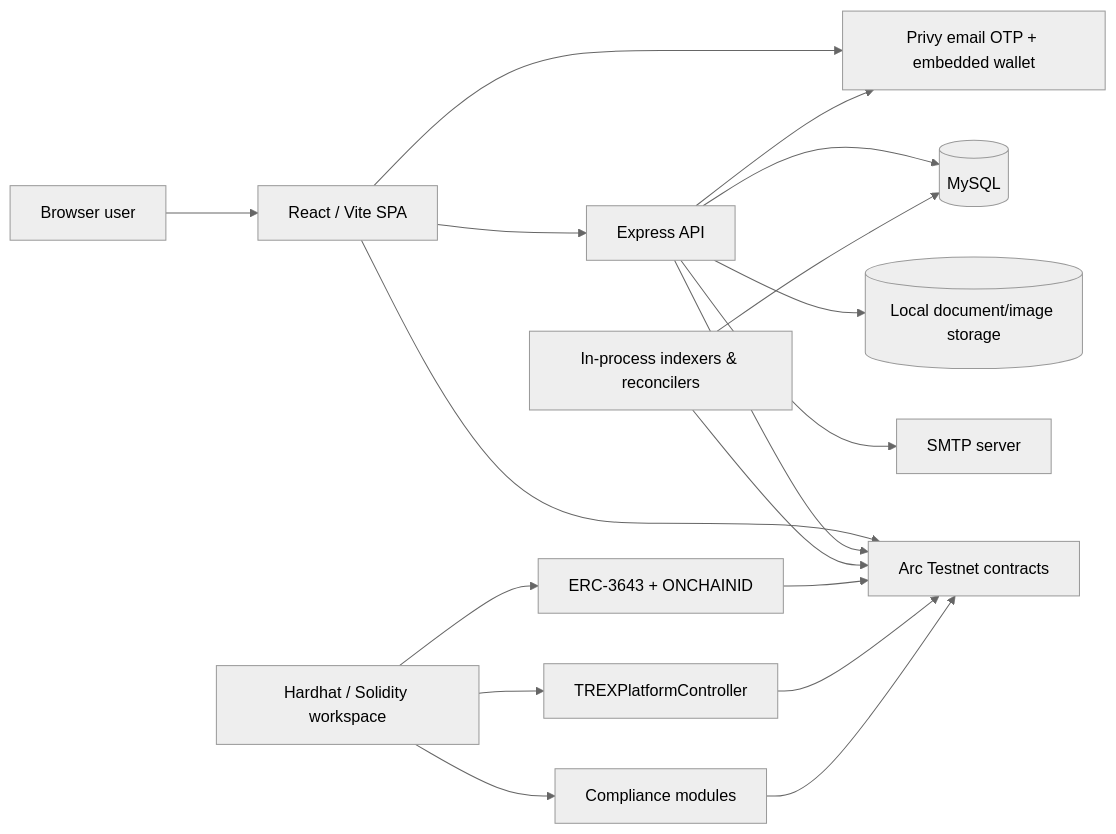
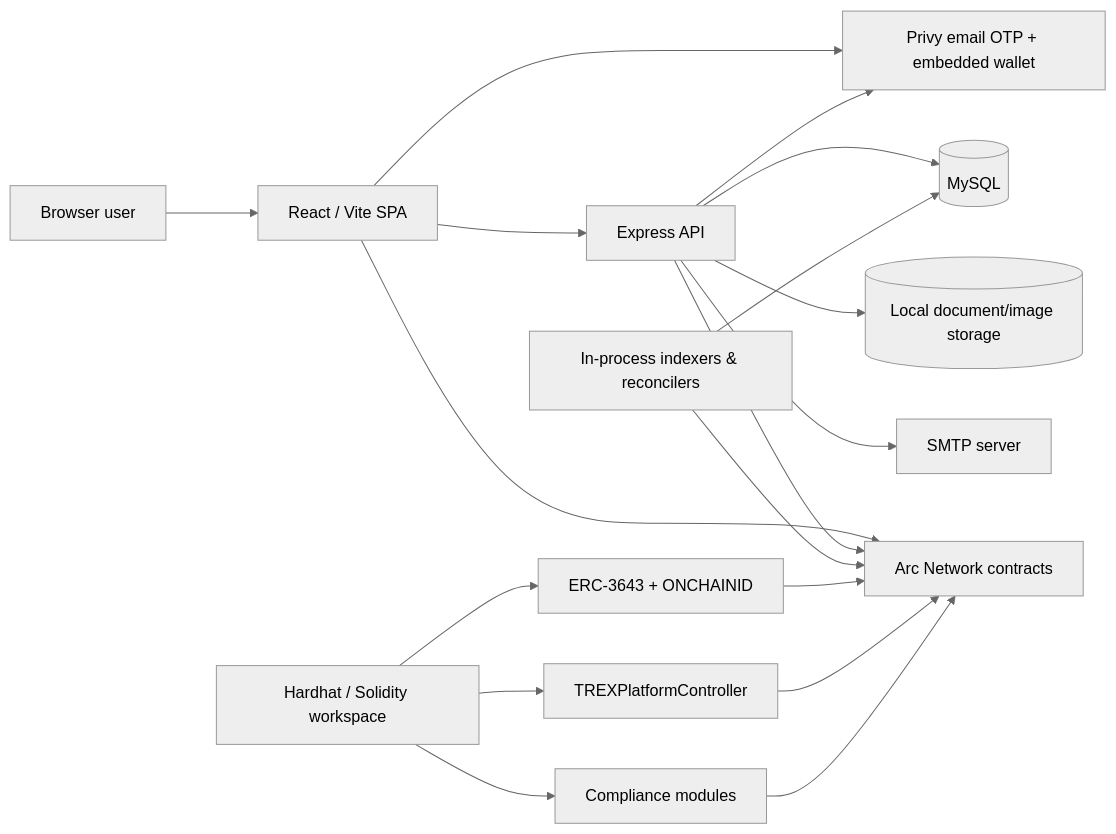
The diagram in README.md (unblocktechie/T-REX-Capital-Market), drawn with Mermaid (neutral theme) before and after one commit. The commit also changed other lines of this file and 95 other files, not shown here.

First line of the commit message:
Make Arc network configurable (testnet / mainnet) and refactor config

````diff
--- a/README.md
+++ b/README.md
@@ -98,24 +98,24 @@
 ```mermaid
 flowchart LR
     User[Browser user] --> SPA[React / Vite SPA]
     SPA --> Privy[Privy email OTP + embedded wallet]
     SPA --> API[Express API]
-    SPA --> Arc[Arc Testnet contracts]
+    SPA --> Arc[Arc Network contracts]
 
     API --> MySQL[(MySQL)]
     API --> Files[(Local document/image storage)]
     API --> SMTP[SMTP server]
     API --> Privy
     API --> Arc
 
     Jobs[In-process indexers & reconcilers] --> Arc
     Jobs --> MySQL
 
     Contracts[Hardhat / Solidity workspace] --> ERC3643[ERC-3643 + ONCHAINID]
     Contracts --> Controller[TREXPlatformController]
     Contracts --> Modules[Compliance modules]
 
     ERC3643 --> Arc
     Controller --> Arc
     Modules --> Arc
 ```
````
